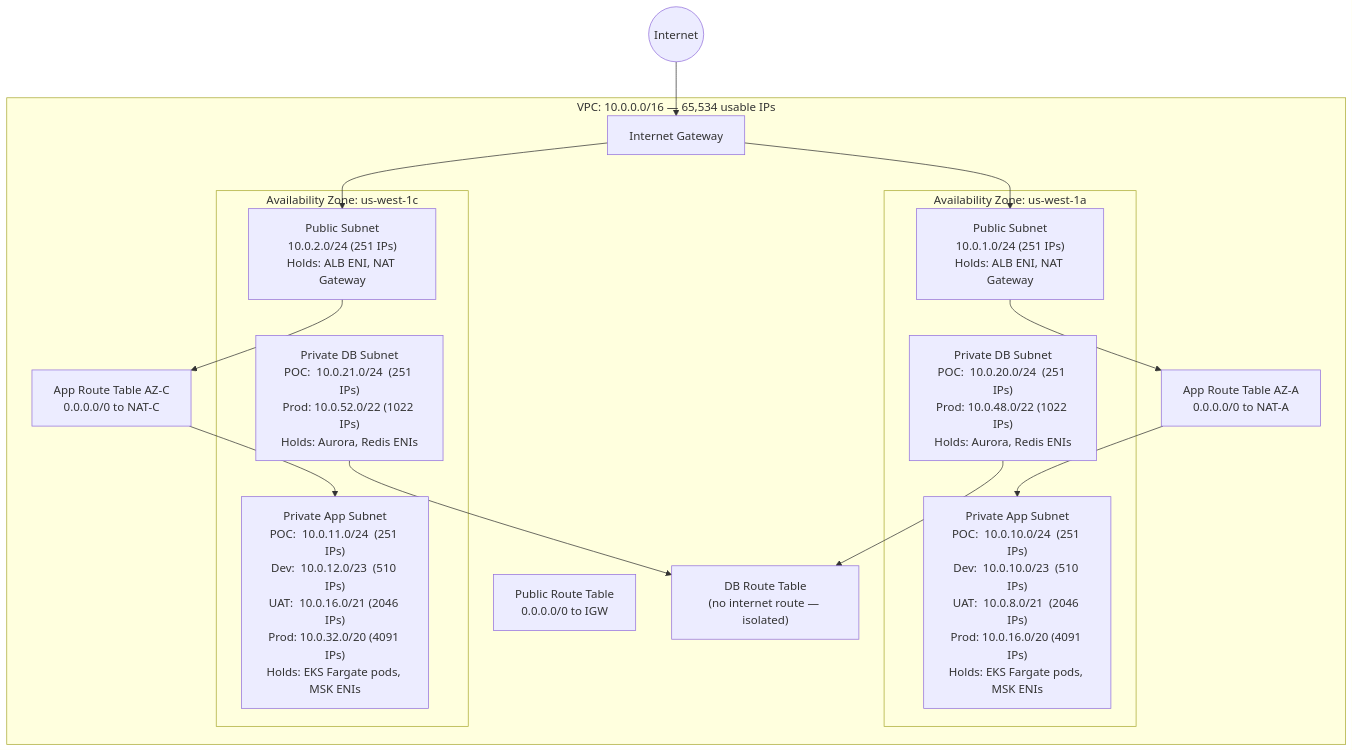
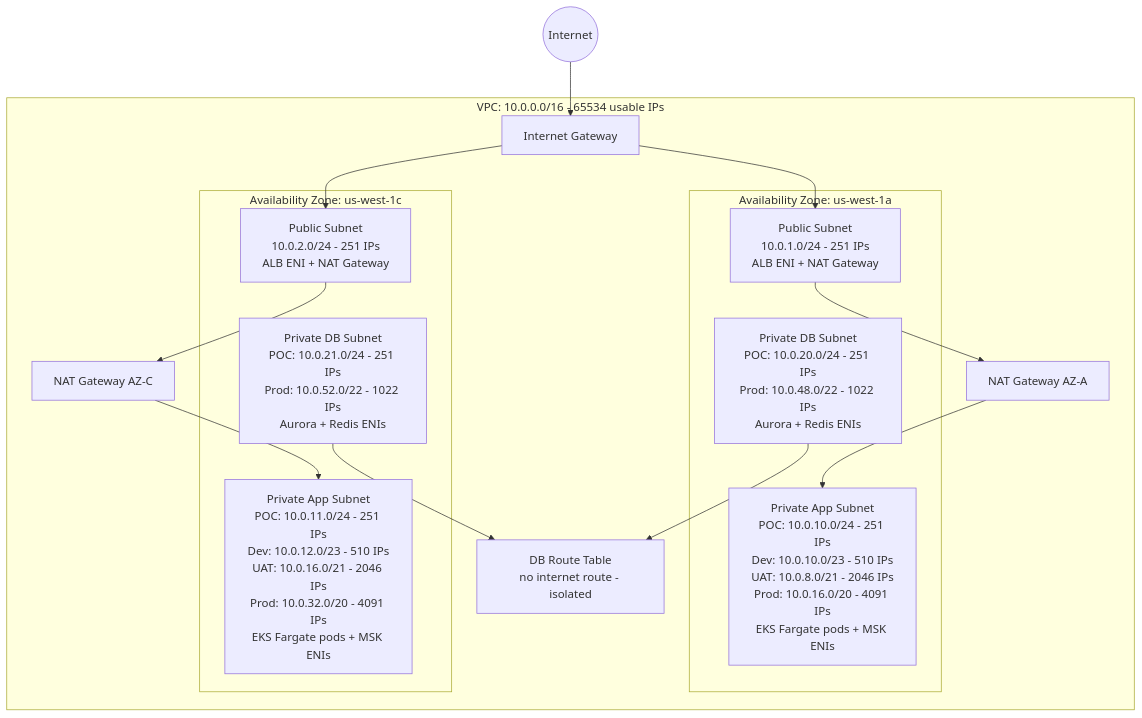
One commit to arshali471/caltech-infra-project changed the second of 6 diagrams in ARCHITECTURE.md. Above: the diagram before and after it, drawn with Mermaid. The commit also changed other lines of this file, not shown here.

Commit message:
fixed architecture diagram

````diff
--- a/ARCHITECTURE.md
+++ b/ARCHITECTURE.md
@@ -126,28 +129,30 @@
 ```mermaid
 graph TB
-    subgraph VPC["VPC: 10.0.0.0/16  — 65,534 usable IPs"]
+    subgraph VPC["VPC: 10.0.0.0/16 - 65534 usable IPs"]
 
         subgraph AZ_A["Availability Zone: us-west-1a"]
-            PUB_A["Public Subnet\n10.0.1.0/24 (251 IPs)\nHolds: ALB ENI, NAT Gateway"]
-            APP_A["Private App Subnet\nPOC:  10.0.10.0/24  (251 IPs)\nDev:  10.0.10.0/23  (510 IPs)\nUAT:  10.0.8.0/21  (2046 IPs)\nProd: 10.0.16.0/20 (4091 IPs)\nHolds: EKS Fargate pods, MSK ENIs"]
-            DB_A["Private DB Subnet\nPOC:  10.0.20.0/24  (251 IPs)\nProd: 10.0.48.0/22 (1022 IPs)\nHolds: Aurora, Redis ENIs"]
+            PUB_A["Public Subnet<br/>10.0.1.0/24 - 251 IPs<br/>ALB ENI + NAT Gateway"]
+            APP_A["Private App Subnet<br/>POC: 10.0.10.0/24 - 251 IPs<br/>Dev: 10.0.10.0/23 - 510 IPs<br/>UAT: 10.0.8.0/21 - 2046 IPs<br/>Prod: 10.0.16.0/20 - 4091 IPs<br/>EKS Fargate pods + MSK ENIs"]
+            DB_A["Private DB Subnet<br/>POC: 10.0.20.0/24 - 251 IPs<br/>Prod: 10.0.48.0/22 - 1022 IPs<br/>Aurora + Redis ENIs"]
         end
 
         subgraph AZ_C["Availability Zone: us-west-1c"]
-            PUB_C["Public Subnet\n10.0.2.0/24 (251 IPs)\nHolds: ALB ENI, NAT Gateway"]
-            APP_C["Private App Subnet\nPOC:  10.0.11.0/24  (251 IPs)\nDev:  10.0.12.0/23  (510 IPs)\nUAT:  10.0.16.0/21 (2046 IPs)\nProd: 10.0.32.0/20 (4091 IPs)\nHolds: EKS Fargate pods, MSK ENIs"]
-            DB_C["Private DB Subnet\nPOC:  10.0.21.0/24  (251 IPs)\nProd: 10.0.52.0/22 (1022 IPs)\nHolds: Aurora, Redis ENIs"]
+            PUB_C["Public Subnet<br/>10.0.2.0/24 - 251 IPs<br/>ALB ENI + NAT Gateway"]
+            APP_C["Private App Subnet<br/>POC: 10.0.11.0/24 - 251 IPs<br/>Dev: 10.0.12.0/23 - 510 IPs<br/>UAT: 10.0.16.0/21 - 2046 IPs<br/>Prod: 10.0.32.0/20 - 4091 IPs<br/>EKS Fargate pods + MSK ENIs"]
+            DB_C["Private DB Subnet<br/>POC: 10.0.21.0/24 - 251 IPs<br/>Prod: 10.0.52.0/22 - 1022 IPs<br/>Aurora + Redis ENIs"]
         end
 
         IGW["Internet Gateway"]
-        RT_PUB["Public Route Table\n0.0.0.0/0 to IGW"]
-        RT_APP_A["App Route Table AZ-A\n0.0.0.0/0 to NAT-A"]
-        RT_APP_C["App Route Table AZ-C\n0.0.0.0/0 to NAT-C"]
-        RT_DB["DB Route Table\n(no internet route — isolated)"]
+        NAT_A["NAT Gateway AZ-A"]
+        NAT_C["NAT Gateway AZ-C"]
+        RT_DB["DB Route Table<br/>no internet route - isolated"]
     end
 
-    Internet((Internet)) --> IGW --> PUB_A & PUB_C
-    PUB_A --> RT_APP_A --> APP_A
-    PUB_C --> RT_APP_C --> APP_C
-    DB_A & DB_C --> RT_DB
+    Internet((Internet)) --> IGW
+    IGW --> PUB_A
+    IGW --> PUB_C
+    PUB_A --> NAT_A --> APP_A
+    PUB_C --> NAT_C --> APP_C
+    DB_A --> RT_DB
+    DB_C --> RT_DB
 ```
````
